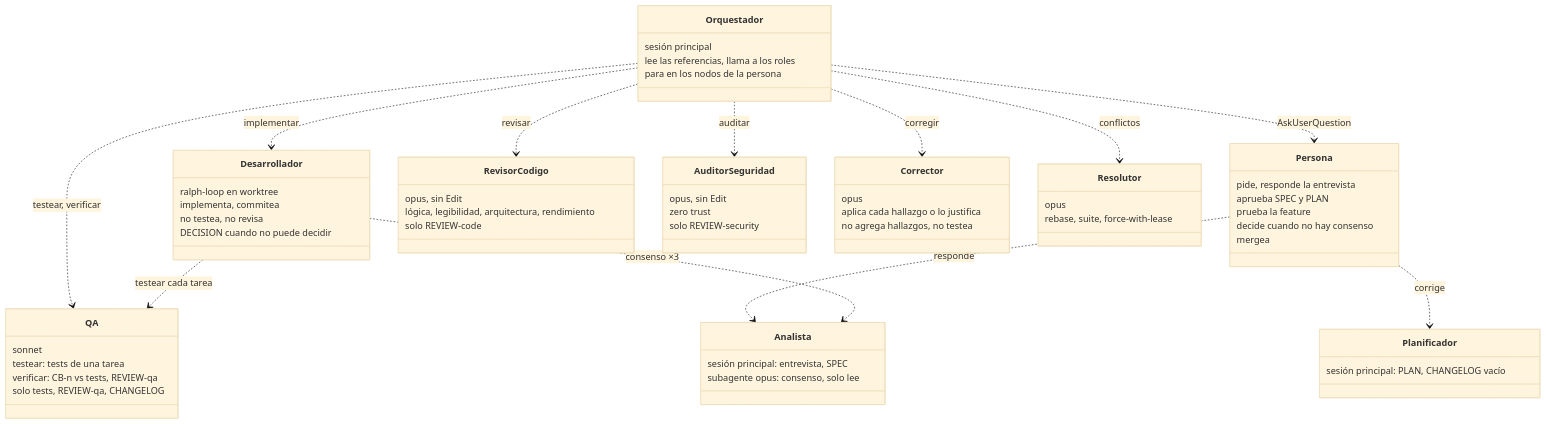
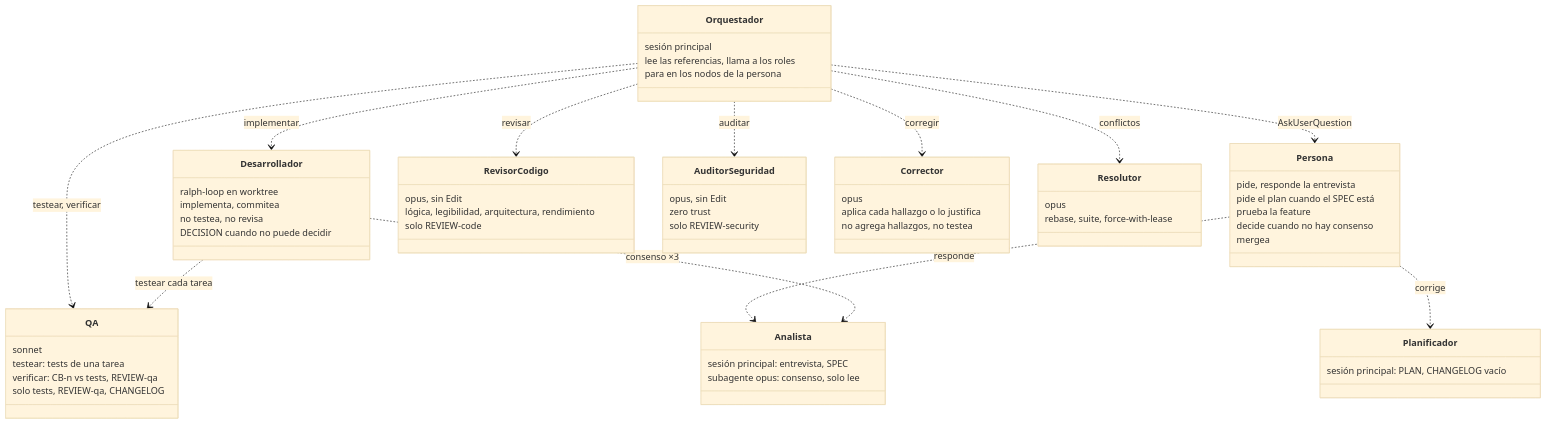
One commit to octavio-parozlabs/mindstack changed the second of 2 diagrams in skills/workflow/references/roles-and-artifacts.md. Above: the diagram before and after it, drawn with Mermaid (base theme). The commit also changed other lines of this file and 24 other files, not shown here.

````diff
--- a/skills/workflow/references/roles-and-artifacts.md
+++ b/skills/workflow/references/roles-and-artifacts.md
@@ -60,65 +60,65 @@
 ```mermaid
 classDiagram
     class Persona {
         pide, responde la entrevista
-        aprueba SPEC y PLAN
+        pide el plan cuando el SPEC está
         prueba la feature
         decide cuando no hay consenso
         mergea
     }
     class Analista {
         sesión principal: entrevista, SPEC
         subagente opus: consenso, solo lee
     }
     class Planificador {
         sesión principal: PLAN, CHANGELOG vacío
     }
     class Desarrollador {
         ralph-loop en worktree
         implementa, commitea
         no testea, no revisa
         DECISION cuando no puede decidir
     }
     class QA {
         sonnet
         testear: tests de una tarea
         verificar: CB-n vs tests, REVIEW-qa
         solo tests, REVIEW-qa, CHANGELOG
     }
     class RevisorCodigo {
         opus, sin Edit
         lógica, legibilidad, arquitectura, rendimiento
         solo REVIEW-code
     }
     class AuditorSeguridad {
         opus, sin Edit
         zero trust
         solo REVIEW-security
     }
     class Corrector {
         opus
         aplica cada hallazgo o lo justifica
         no agrega hallazgos, no testea
     }
     class Resolutor {
         opus
         rebase, suite, force-with-lease
     }
     class Orquestador {
         sesión principal
         lee las referencias, llama a los roles
         para en los nodos de la persona
     }
 
     Persona ..> Analista : responde
     Persona ..> Planificador : corrige
     Orquestador ..> Desarrollador : implementar
     Orquestador ..> QA : testear, verificar
     Orquestador ..> RevisorCodigo : revisar
     Orquestador ..> AuditorSeguridad : auditar
     Orquestador ..> Corrector : corregir
     Orquestador ..> Resolutor : conflictos
     Desarrollador ..> QA : testear cada tarea
     Desarrollador ..> Analista : consenso ×3
     Orquestador ..> Persona : AskUserQuestion
 ```
````
